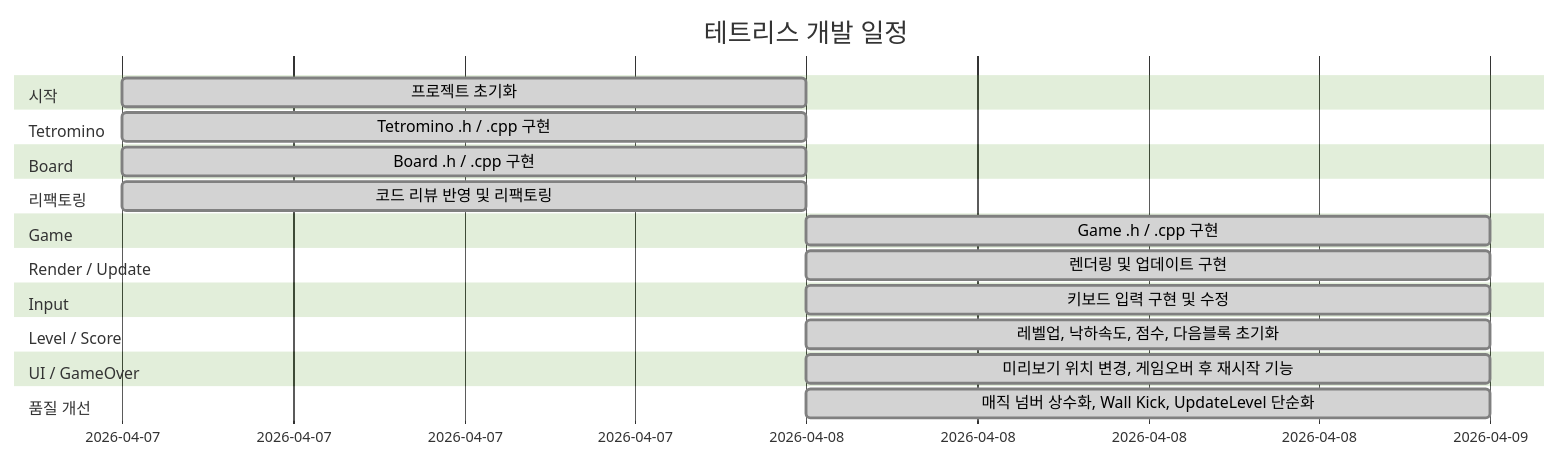
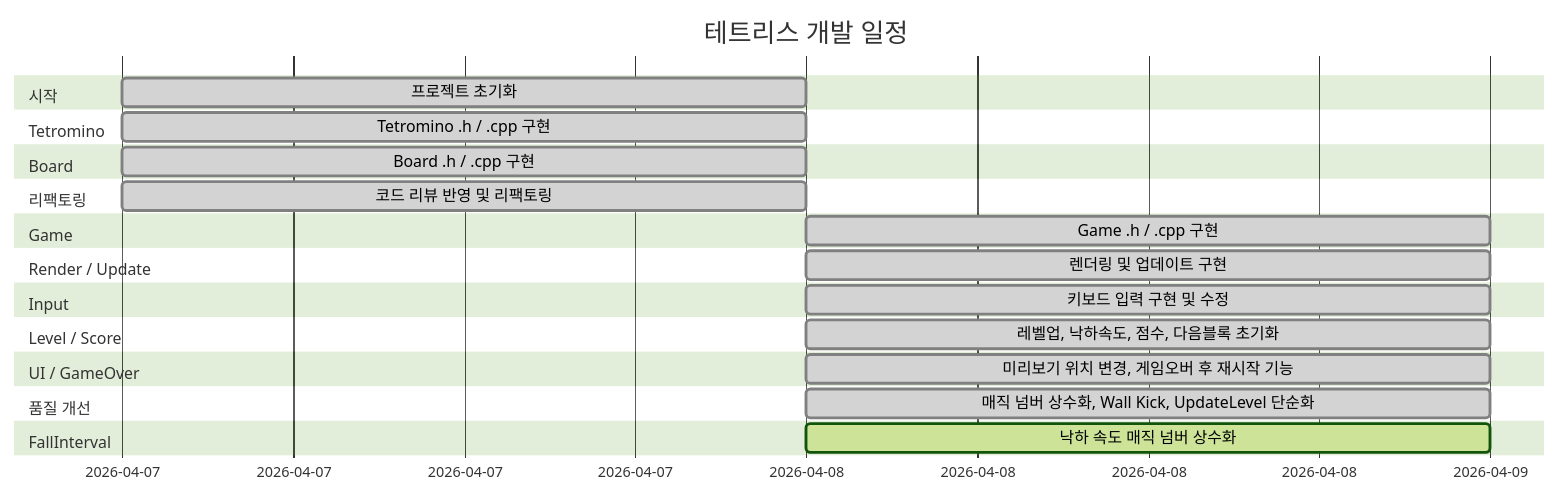
The diagram in README.md (Chance031/Tetris-cpp), drawn with Mermaid (forest theme) before and after one commit. The commit also changed other lines of this file, not shown here.

Commit message:
docs: README 자동 업데이트 [skip ci]

````diff
--- a/README.md
+++ b/README.md
@@ -27,25 +27,27 @@
 ```mermaid
 gantt
- title 테트리스 개발 일정
- dateFormat YYYY-MM-DD
- section 시작
- 프로젝트 초기화 :done, init, 2026-04-07, 1d
- section Tetromino
- Tetromino .h / .cpp 구현 :done, t16803, 2026-04-07, 1d
- section Board
- Board .h / .cpp 구현 :done, t84048, 2026-04-07, 1d
- section 리팩토링
- 코드 리뷰 반영 및 리팩토링 :done, refactor, 2026-04-07, 1d
- section Game
- Game .h / .cpp 구현 :done, t91896, 2026-04-08, 1d
- section Render / Update
- 렌더링 및 업데이트 구현 :done, t47867, 2026-04-08, 1d
- section Input
- 키보드 입력 구현 및 수정 :done, t8258, 2026-04-08, 1d
- section Level / Score
- 레벨업, 낙하속도, 점수, 다음블록 초기화 :done, t44367, 2026-04-08, 1d
- section UI / GameOver
- 미리보기 위치 변경, 게임오버 후 재시작 기능 :done, t55123, 2026-04-08, 1d
- section 품질 개선
- 매직 넘버 상수화, Wall Kick, UpdateLevel 단순화 :done, t66234, 2026-04-08, 1d
+    title 테트리스 개발 일정
+    dateFormat YYYY-MM-DD
+    section 시작
+        프로젝트 초기화 :done, init, 2026-04-07, 1d
+    section Tetromino
+        Tetromino .h / .cpp 구현 :done, t16803, 2026-04-07, 1d
+    section Board
+        Board .h / .cpp 구현 :done, t84048, 2026-04-07, 1d
+    section 리팩토링
+        코드 리뷰 반영 및 리팩토링 :done, refactor, 2026-04-07, 1d
+    section Game
+        Game .h / .cpp 구현 :done, t91896, 2026-04-08, 1d
+    section Render / Update
+        렌더링 및 업데이트 구현 :done, t47867, 2026-04-08, 1d
+    section Input
+        키보드 입력 구현 및 수정 :done, t8258, 2026-04-08, 1d
+    section Level / Score
+        레벨업, 낙하속도, 점수, 다음블록 초기화 :done, t44367, 2026-04-08, 1d
+    section UI / GameOver
+        미리보기 위치 변경, 게임오버 후 재시작 기능 :done, t55123, 2026-04-08, 1d
+    section 품질 개선
+        매직 넘버 상수화, Wall Kick, UpdateLevel 단순화 :done, t66234, 2026-04-08, 1d
+    section FallInterval
+        낙하 속도 매직 넘버 상수화 :active, t66782, 2026-04-08, 1d
 ```
````
